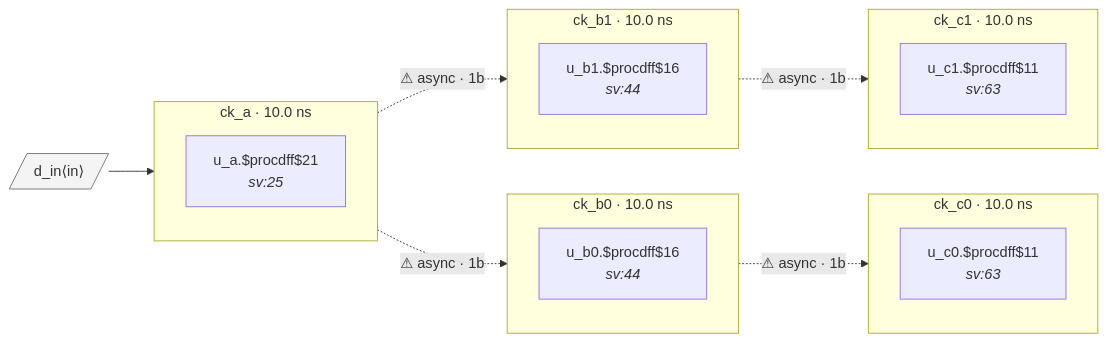
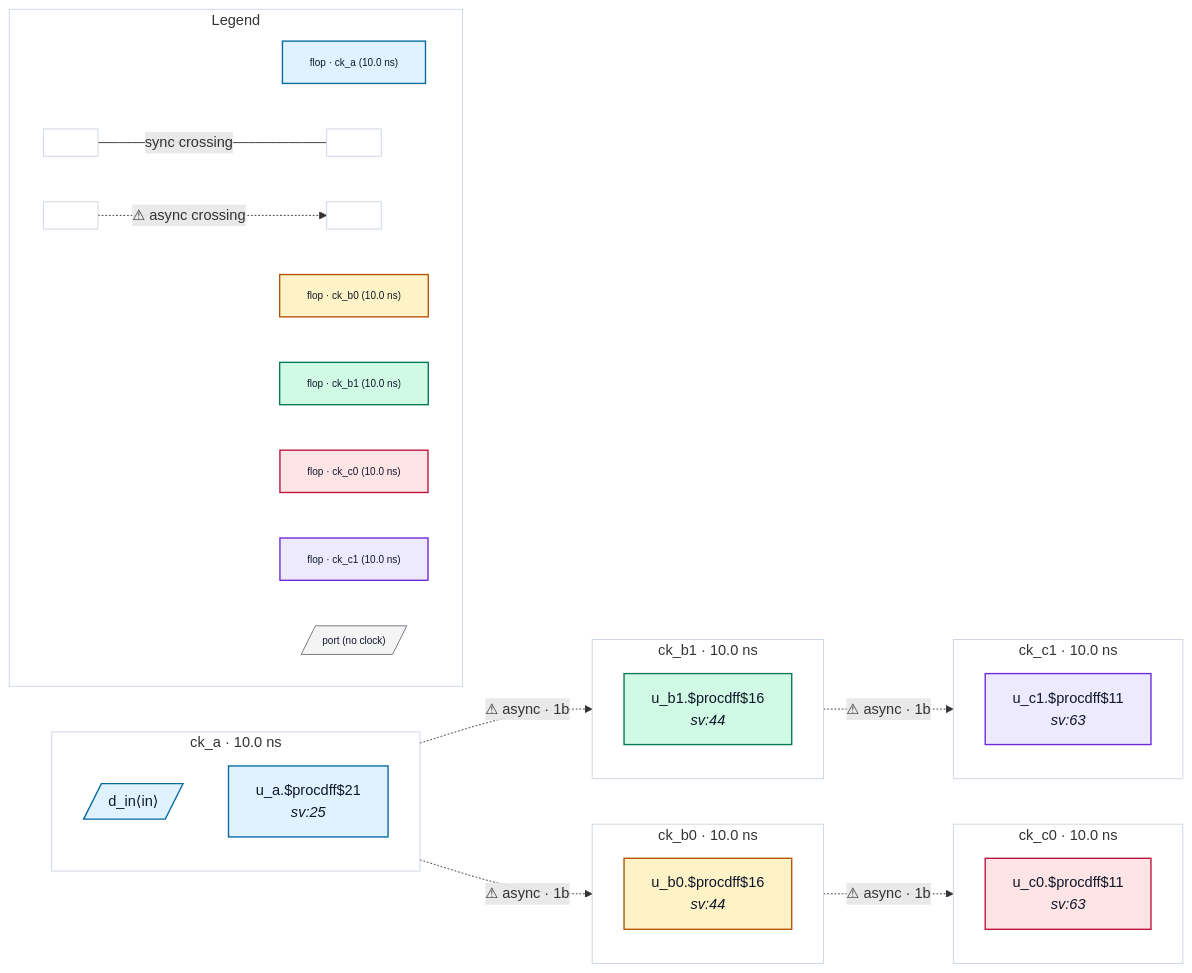
Before and after one commit to rtl-buddy/rtl-buddy-cdc: the diagram in tests/fixtures/bad_source_sync_chain/README.md, drawn with Mermaid. The commit also changed 71 other files, not shown here.

First line of the commit message:
Refresh fixture READMEs + render iterations (colors, legend, nested ports, clock-net edges)

````diff
--- a/tests/fixtures/bad_source_sync_chain/README.md
+++ b/tests/fixtures/bad_source_sync_chain/README.md
@@ -21,31 +21,67 @@
 ```mermaid
 %% bad_source_sync_chain — generated by rtl-buddy-cdc render
 flowchart LR
   subgraph clk_ck_a["ck_a · 10.0 ns"]
     direction TB
-    f_238065f3["u_a.$procdff$21<br/><i>sv:25</i>"]
+    p_in_d_in[/"d_in⟨in⟩"/]:::ckcls_ck_a
+    f_238065f3["u_a.$procdff$21<br/><i>sv:25</i>"]:::ckcls_ck_a
   end
   subgraph clk_ck_b0["ck_b0 · 10.0 ns"]
     direction TB
-    f_bafd2ae7["u_b0.$procdff$16<br/><i>sv:44</i>"]
+    f_bafd2ae7["u_b0.$procdff$16<br/><i>sv:44</i>"]:::ckcls_ck_b0
   end
   subgraph clk_ck_b1["ck_b1 · 10.0 ns"]
     direction TB
-    f_cef32689["u_b1.$procdff$16<br/><i>sv:44</i>"]
+    f_cef32689["u_b1.$procdff$16<br/><i>sv:44</i>"]:::ckcls_ck_b1
   end
   subgraph clk_ck_c0["ck_c0 · 10.0 ns"]
     direction TB
-    f_853e64c7["u_c0.$procdff$11<br/><i>sv:63</i>"]
+    f_853e64c7["u_c0.$procdff$11<br/><i>sv:63</i>"]:::ckcls_ck_c0
   end
   subgraph clk_ck_c1["ck_c1 · 10.0 ns"]
     direction TB
-    f_cba37495["u_c1.$procdff$11<br/><i>sv:63</i>"]
+    f_cba37495["u_c1.$procdff$11<br/><i>sv:63</i>"]:::ckcls_ck_c1
   end
-  p_in_d_in[/"d_in⟨in⟩"/]:::port
-  p_in_d_in --> f_238065f3
   f_238065f3 -. "⚠ async · 1b" .-> f_bafd2ae7
   f_238065f3 -. "⚠ async · 1b" .-> f_cef32689
   f_bafd2ae7 -. "⚠ async · 1b" .-> f_853e64c7
   f_cef32689 -. "⚠ async · 1b" .-> f_cba37495
-  classDef port fill:#f4f4f5,stroke:#71717a
+  subgraph rb_legend["Legend"]
+    direction LR
+    lg_clk_ck_a["flop · ck_a (10.0 ns)"]:::ckcls_ck_a
+    lg_clk_ck_b0["flop · ck_b0 (10.0 ns)"]:::ckcls_ck_b0
+    lg_clk_ck_b1["flop · ck_b1 (10.0 ns)"]:::ckcls_ck_b1
+    lg_clk_ck_c0["flop · ck_c0 (10.0 ns)"]:::ckcls_ck_c0
+    lg_clk_ck_c1["flop · ck_c1 (10.0 ns)"]:::ckcls_ck_c1
+    lg_port[/"port (no clock)"/]:::port_unassigned
+    lg_sync_a[" "]:::ckcls_legend_neutral
+    lg_sync_b[" "]:::ckcls_legend_neutral
+    lg_async_a[" "]:::ckcls_legend_neutral
+    lg_async_b[" "]:::ckcls_legend_neutral
+    lg_sync_a --- |"sync crossing"| lg_sync_b
+    lg_async_a -. "⚠ async crossing" .-> lg_async_b
+  end
+  style clk_ck_a fill:none,stroke:#cbd5e1
+  style clk_ck_b0 fill:none,stroke:#cbd5e1
+  style clk_ck_b1 fill:none,stroke:#cbd5e1
+  style clk_ck_c0 fill:none,stroke:#cbd5e1
+  style clk_ck_c1 fill:none,stroke:#cbd5e1
+  style rb_legend fill:none,stroke:#cbd5e1
+  style lg_clk_ck_a font-size:11px
+  style lg_clk_ck_b0 font-size:11px
+  style lg_clk_ck_b1 font-size:11px
+  style lg_clk_ck_c0 font-size:11px
+  style lg_clk_ck_c1 font-size:11px
+  style lg_port font-size:11px
+  style lg_sync_a font-size:11px
+  style lg_sync_b font-size:11px
+  style lg_async_a font-size:11px
+  style lg_async_b font-size:11px
+  classDef ckcls_ck_a fill:#e0f2fe,stroke:#0369a1,stroke-width:1.5px,color:#0f172a
+  classDef ckcls_ck_b0 fill:#fef3c7,stroke:#b45309,stroke-width:1.5px,color:#0f172a
+  classDef ckcls_ck_b1 fill:#d1fae5,stroke:#047857,stroke-width:1.5px,color:#0f172a
+  classDef ckcls_ck_c0 fill:#ffe4e6,stroke:#be123c,stroke-width:1.5px,color:#0f172a
+  classDef ckcls_ck_c1 fill:#ede9fe,stroke:#6d28d9,stroke-width:1.5px,color:#0f172a
+  classDef port_unassigned fill:#f4f4f5,stroke:#71717a,color:#0f172a
+  classDef ckcls_legend_neutral fill:#ffffff,stroke:#cbd5e1,stroke-width:1px,color:#0f172a
 ```
````
